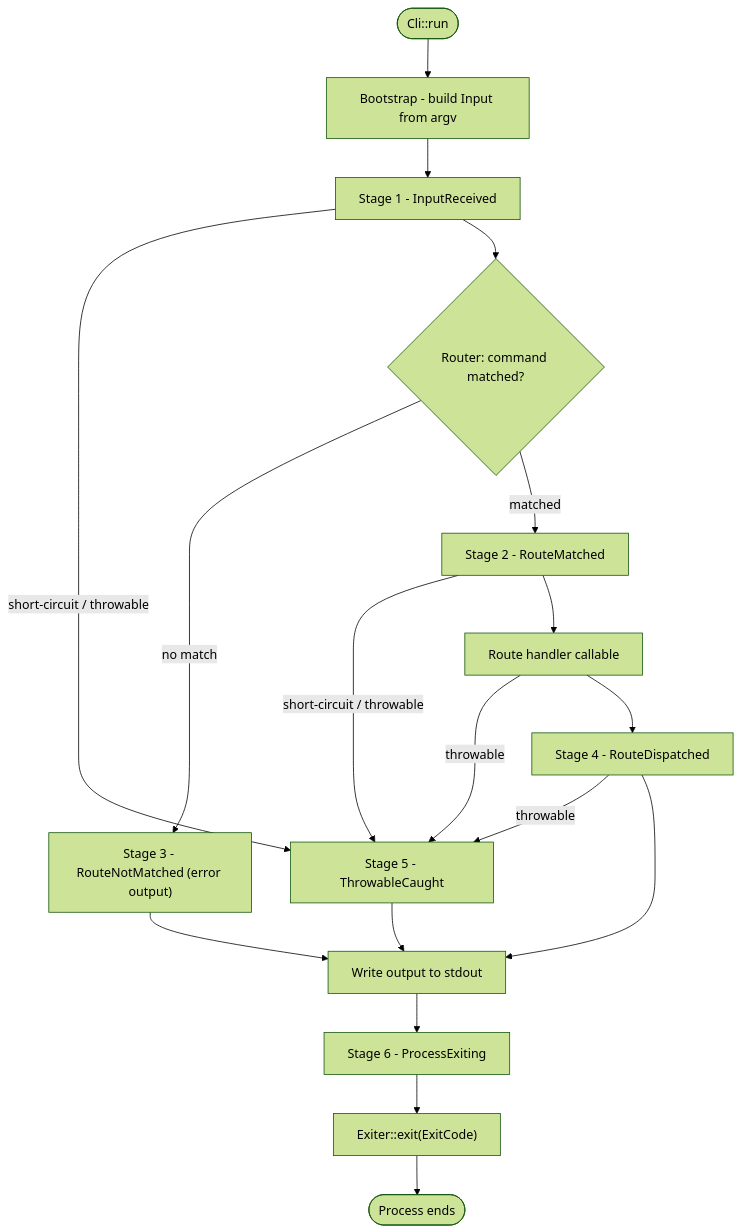
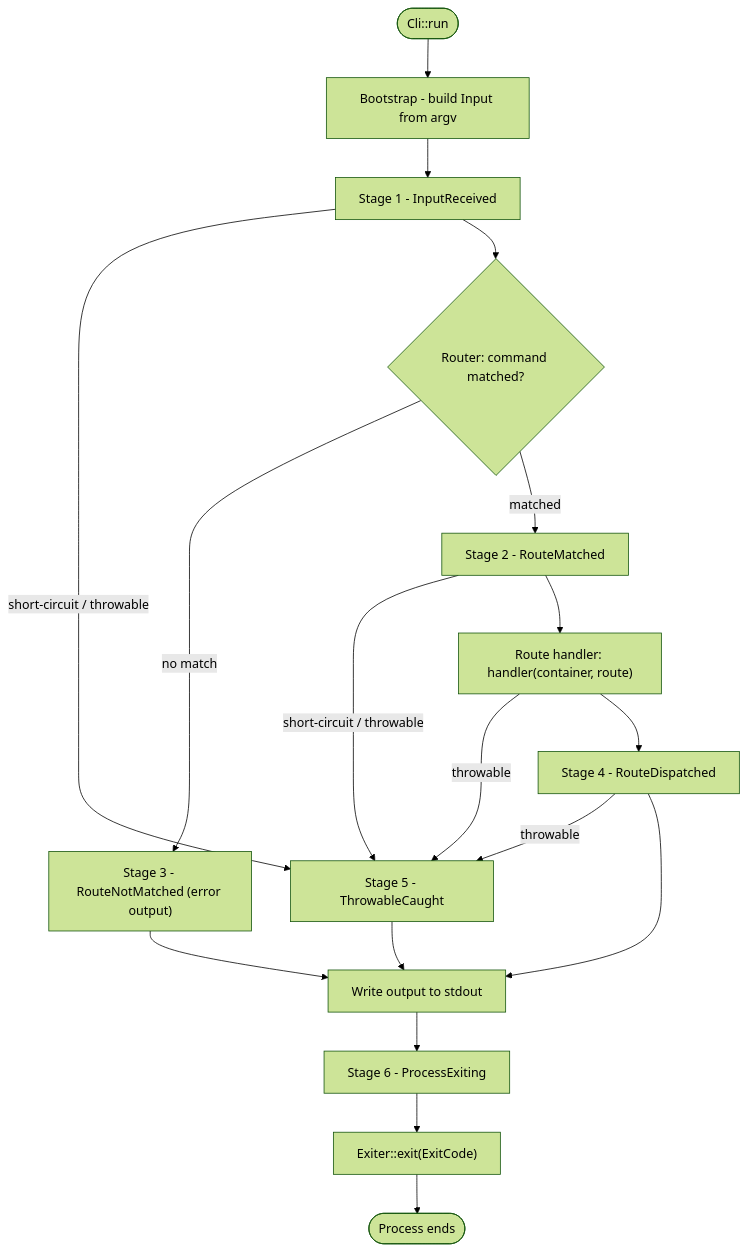
The diagram in src/Valkyrja/Cli/README.md (valkyrjaio/valkyrja), drawn with Mermaid (forest theme) before and after one commit. The commit also changed other lines of this file, not shown here.

````diff
--- a/src/Valkyrja/Cli/README.md
+++ b/src/Valkyrja/Cli/README.md
@@ -666,20 +377,20 @@
 ```mermaid
 flowchart TD
     A([Cli::run]) --> B[Bootstrap - build Input from argv]
     B --> C[Stage 1 - InputReceived]
     C -->|"short-circuit / throwable"| J[Stage 5 - ThrowableCaught]
     C --> D{"Router: command matched?"}
     D -->|"no match"| E["Stage 3 - RouteNotMatched (error output)"]
     D -->|matched| F[Stage 2 - RouteMatched]
     E --> H[Write output to stdout]
     F -->|"short-circuit / throwable"| J
-    F --> G[Route handler callable]
+    F --> G["Route handler: handler(container, route)"]
     G -->|throwable| J
     G --> I[Stage 4 - RouteDispatched]
     I -->|throwable| J
     I --> H
     J --> H
     H --> K[Stage 6 - ProcessExiting]
     K --> L["Exiter::exit(ExitCode)"]
     L --> M([Process ends])
 ```
````
